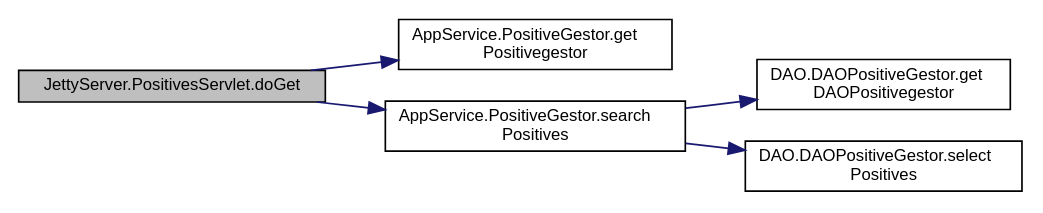
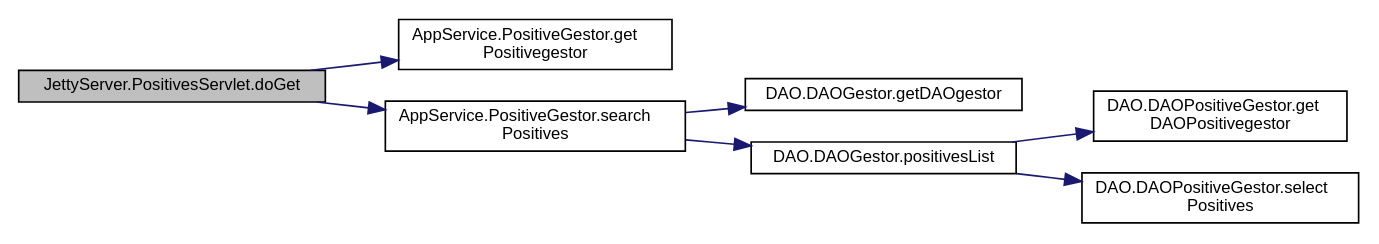
Before and after one commit to enekoatxa/RadarCovid: the diagram in docs/class_jetty_server_1_1_positives_servlet_a93dee73d81fa336eab434bad30eff999_cgraph.dot, drawn with Graphviz. The commit also changed 160 other files, not shown here.

```diff
--- a/docs/class_jetty_server_1_1_positives_servlet_a93dee73d81fa336eab434bad30eff999_cgraph.dot
+++ b/docs/class_jetty_server_1_1_positives_servlet_a93dee73d81fa336eab434bad30eff999_cgraph.dot
@@ -1,16 +1,20 @@
 digraph "JettyServer.PositivesServlet.doGet"
 {
  // LATEX_PDF_SIZE
   edge [fontname="Helvetica",fontsize="10",labelfontname="Helvetica",labelfontsize="10"];
   node [fontname="Helvetica",fontsize="10",shape=record];
   rankdir="LR";
   Node1 [label="JettyServer.PositivesServlet.doGet",height=0.2,width=0.4,color="black", fillcolor="grey75", style="filled", fontcolor="black",tooltip=" "];
   Node1 -> Node2 [color="midnightblue",fontsize="10",style="solid",fontname="Helvetica"];
   Node2 [label="AppService.PositiveGestor.get\lPositivegestor",height=0.2,width=0.4,color="black", fillcolor="white", style="filled",URL="$class_app_service_1_1_positive_gestor.html#aa919a9cf1980d0a4ad6bb340f2a5d59f",tooltip=" "];
   Node1 -> Node3 [color="midnightblue",fontsize="10",style="solid",fontname="Helvetica"];
   Node3 [label="AppService.PositiveGestor.search\lPositives",height=0.2,width=0.4,color="black", fillcolor="white", style="filled",URL="$class_app_service_1_1_positive_gestor.html#a2c980437a77527176c1b6116f0399ded",tooltip=" "];
   Node3 -> Node4 [color="midnightblue",fontsize="10",style="solid",fontname="Helvetica"];
-  Node4 [label="DAO.DAOPositiveGestor.get\lDAOPositivegestor",height=0.2,width=0.4,color="black", fillcolor="white", style="filled",URL="$class_d_a_o_1_1_d_a_o_positive_gestor.html#ab608a184e07cc7ce42feb0bf50645345",tooltip=" "];
+  Node4 [label="DAO.DAOGestor.getDAOgestor",height=0.2,width=0.4,color="black", fillcolor="white", style="filled",URL="$class_d_a_o_1_1_d_a_o_gestor.html#a743ecb55529d951593438e513a023921",tooltip=" "];
   Node3 -> Node5 [color="midnightblue",fontsize="10",style="solid",fontname="Helvetica"];
-  Node5 [label="DAO.DAOPositiveGestor.select\lPositives",height=0.2,width=0.4,color="black", fillcolor="white", style="filled",URL="$class_d_a_o_1_1_d_a_o_positive_gestor.html#a6b0a466a9c07c21859cfb8724117a1b6",tooltip=" "];
+  Node5 [label="DAO.DAOGestor.positivesList",height=0.2,width=0.4,color="black", fillcolor="white", style="filled",URL="$class_d_a_o_1_1_d_a_o_gestor.html#a578427e12867c22150174f7a5b5c02c3",tooltip=" "];
+  Node5 -> Node6 [color="midnightblue",fontsize="10",style="solid",fontname="Helvetica"];
+  Node6 [label="DAO.DAOPositiveGestor.get\lDAOPositivegestor",height=0.2,width=0.4,color="black", fillcolor="white", style="filled",URL="$class_d_a_o_1_1_d_a_o_positive_gestor.html#ab608a184e07cc7ce42feb0bf50645345",tooltip=" "];
+  Node5 -> Node7 [color="midnightblue",fontsize="10",style="solid",fontname="Helvetica"];
+  Node7 [label="DAO.DAOPositiveGestor.select\lPositives",height=0.2,width=0.4,color="black", fillcolor="white", style="filled",URL="$class_d_a_o_1_1_d_a_o_positive_gestor.html#a6b0a466a9c07c21859cfb8724117a1b6",tooltip=" "];
 }
```
